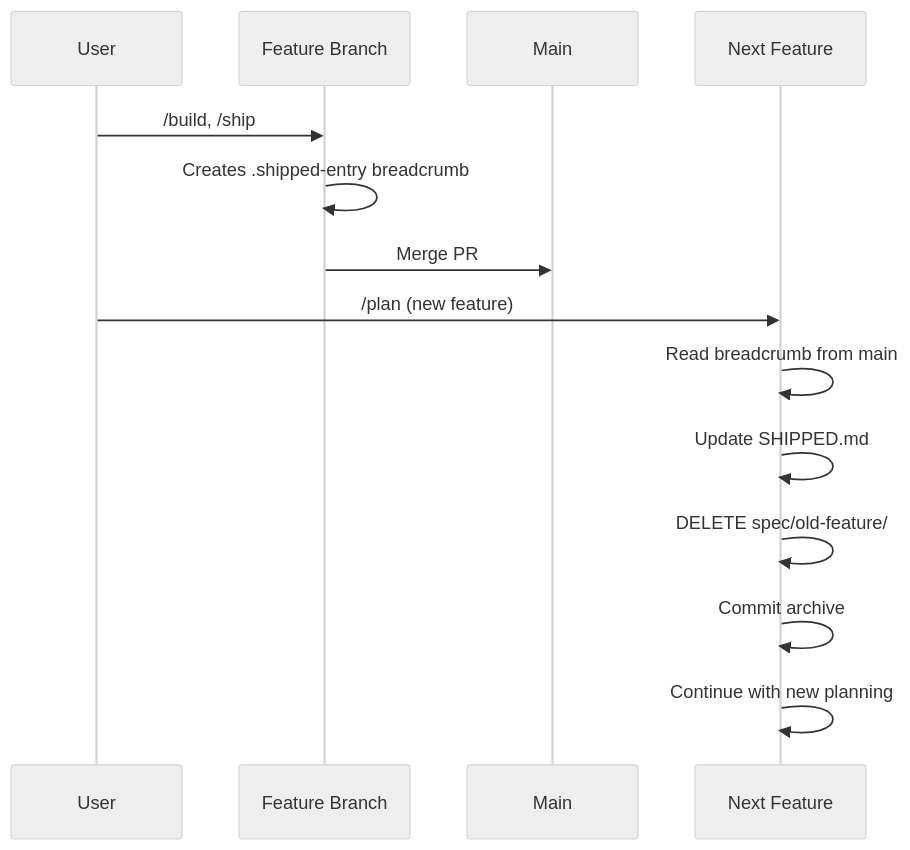
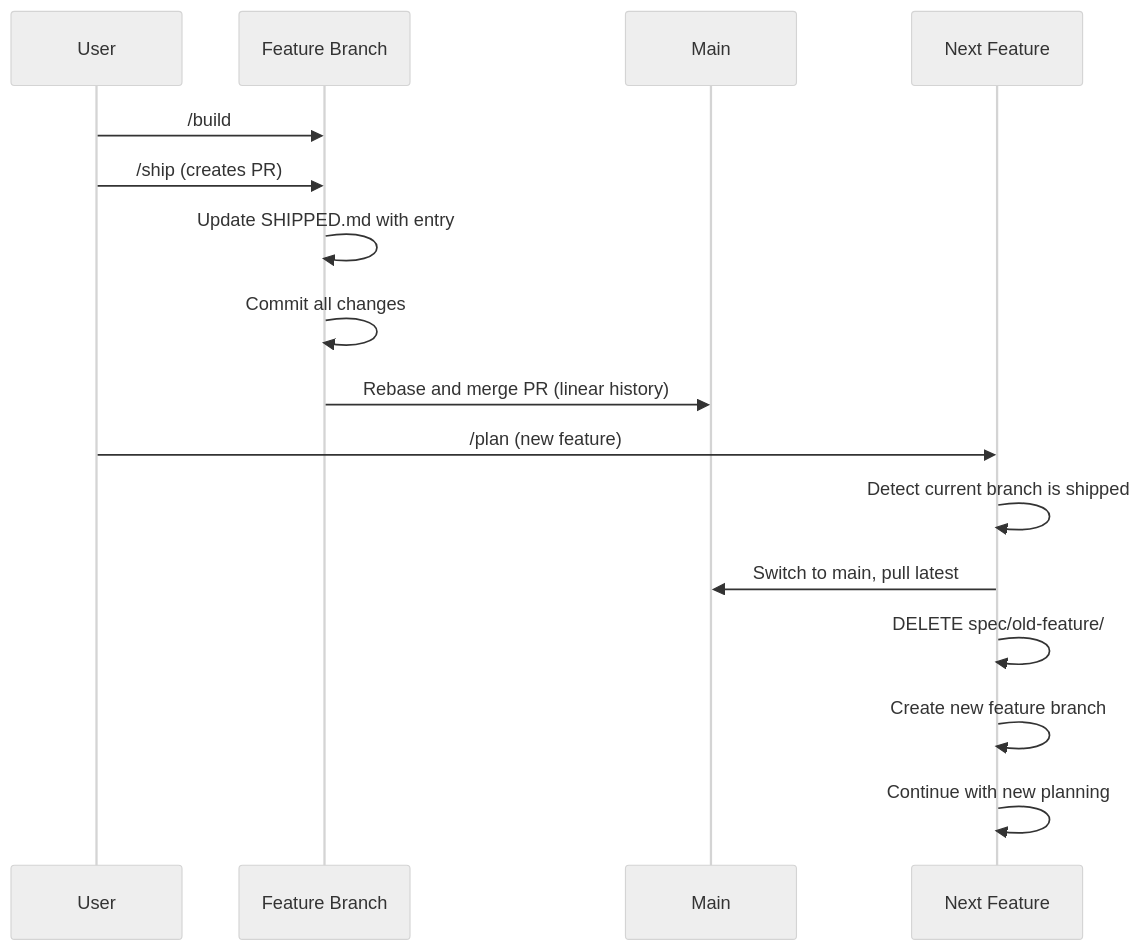
One commit to trakrf/claude-spec-workflow changed the diagram in spec/README.md. Above: the diagram before and after it, drawn with Mermaid (neutral theme). The commit also changed other lines of this file, not shown here.

First line of the commit message:
docs: replace breadcrumb workflow with linear history workflow

````diff
--- a/spec/README.md
+++ b/spec/README.md
@@ -136,17 +140,19 @@
 ```mermaid
 sequenceDiagram
     participant U as User
     participant F as Feature Branch
     participant M as Main
     participant N as Next Feature
 
-    U->>F: /build, /ship
-    F->>F: Creates .shipped-entry breadcrumb
-    F->>M: Merge PR
+    U->>F: /build
+    U->>F: /ship (creates PR)
+    F->>F: Update SHIPPED.md with entry
+    F->>F: Commit all changes
+    F->>M: Rebase and merge PR (linear history)
     U->>N: /plan (new feature)
-    N->>N: Read breadcrumb from main
-    N->>N: Update SHIPPED.md
+    N->>N: Detect current branch is shipped
+    N->>M: Switch to main, pull latest
     N->>N: DELETE spec/old-feature/
-    N->>N: Commit archive
+    N->>N: Create new feature branch
     N->>N: Continue with new planning
 ```
````
